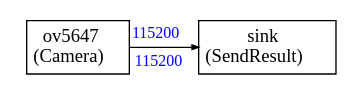
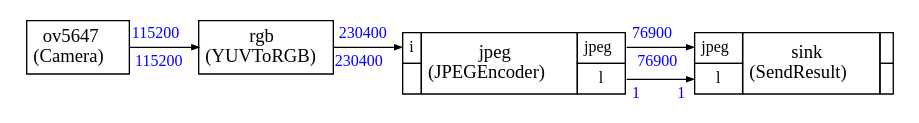
Before and after one commit to xavierbrgt/Seeed_Grove_Vision_AI_Module_V2: the diagram in EPII_CM55M_APP_S/app/scenario_app/cmsis_stream_app/pre_schedule_cv.dot, drawn with Graphviz. The commit also changed 21 other files, not shown here.

Commit message:
First working flow with CMSIS-Stream and YUV -> RGB -> JPEG

```diff
--- a/EPII_CM55M_APP_S/app/scenario_app/cmsis_stream_app/pre_schedule_cv.dot
+++ b/EPII_CM55M_APP_S/app/scenario_app/cmsis_stream_app/pre_schedule_cv.dot
@@ -1,36 +1,86 @@
 
 
 
 
 digraph structs {
     bgcolor = "white"
     node [shape=plaintext,color="black",fontcolor="black",fontname="Times-Roman"]
     rankdir=LR
     edge [arrowsize="0.5",color="black",fontcolor="black",fontname="Times-Roman"]
 
 
 
 ov5647 [label=<
 <TABLE color="black" bgcolor="none" BORDER="0" CELLBORDER="1" CELLSPACING="0" CELLPADDING="4">
   <TR>
     <TD ALIGN="CENTER" PORT="i"><FONT COLOR="black" POINT-SIZE="14.0">ov5647<BR/>(Camera)</FONT></TD>
   </TR>
 </TABLE>>];
 
-sink [label=<
+rgb [label=<
 <TABLE color="black" bgcolor="none" BORDER="0" CELLBORDER="1" CELLSPACING="0" CELLPADDING="4">
   <TR>
-    <TD ALIGN="CENTER" PORT="i"><FONT COLOR="black" POINT-SIZE="14.0">sink<BR/>(SendResult)</FONT></TD>
+    <TD ALIGN="CENTER" PORT="i"><FONT COLOR="black" POINT-SIZE="14.0">rgb<BR/>(YUVToRGB)</FONT></TD>
   </TR>
 </TABLE>>];
 
 
+jpeg [label=<
+<TABLE color="black" bgcolor="none" BORDER="0" CELLBORDER="1" CELLSPACING="0" CELLPADDING="4">
+  <TR>
+    <TD PORT="i"><FONT POINT-SIZE="12.0" COLOR="black">i</FONT></TD>
+    <TD ALIGN="CENTER" ROWSPAN="2"><FONT COLOR="black" POINT-SIZE="14.0">jpeg<BR/>(JPEGEncoder)</FONT></TD>
+    <TD PORT="jpeg"><FONT POINT-SIZE="12.0" COLOR="black">jpeg</FONT></TD>
+  </TR>
+<TR>
+ 
+<TD></TD>
+<TD PORT="l"><FONT POINT-SIZE="12.0" COLOR="black">l</FONT></TD>
+</TR>
 
-ov5647:i -> sink:i [style="solid",color="black",label=""
+</TABLE>>];
+
+
+sink [label=<
+<TABLE color="black" bgcolor="none" BORDER="0" CELLBORDER="1" CELLSPACING="0" CELLPADDING="4">
+  <TR>
+    <TD PORT="jpeg"><FONT POINT-SIZE="12.0" COLOR="black">jpeg</FONT></TD>
+    <TD ALIGN="CENTER" ROWSPAN="2"><FONT COLOR="black" POINT-SIZE="14.0">sink<BR/>(SendResult)</FONT></TD>
+    <TD></TD>
+  </TR>
+<TR>
+<TD PORT="l"><FONT POINT-SIZE="12.0" COLOR="black">l</FONT></TD>
+
+ 
+<TD></TD></TR>
+
+</TABLE>>];
+
+
+
+ov5647:i -> rgb:i [style="solid",color="black",label=""
 ,headlabel=<<TABLE BORDER="0" CELLPADDING="2"><TR><TD><FONT COLOR="blue" POINT-SIZE="12.0" >115200</FONT>
 </TD></TR></TABLE>>
 ,taillabel=<<TABLE BORDER="0" CELLPADDING="2"><TR><TD><FONT COLOR="blue" POINT-SIZE="12.0" >115200</FONT>
 </TD></TR></TABLE>>]
 
+rgb:i -> jpeg:i [style="solid",color="black",label=""
+,headlabel=<<TABLE BORDER="0" CELLPADDING="2"><TR><TD><FONT COLOR="blue" POINT-SIZE="12.0" >230400</FONT>
+</TD></TR></TABLE>>
+,taillabel=<<TABLE BORDER="0" CELLPADDING="2"><TR><TD><FONT COLOR="blue" POINT-SIZE="12.0" >230400</FONT>
+</TD></TR></TABLE>>]
+
+jpeg:jpeg -> sink:jpeg [style="solid",color="black",label=""
+,headlabel=<<TABLE BORDER="0" CELLPADDING="2"><TR><TD><FONT COLOR="blue" POINT-SIZE="12.0" >76900</FONT>
+</TD></TR></TABLE>>
+,taillabel=<<TABLE BORDER="0" CELLPADDING="2"><TR><TD><FONT COLOR="blue" POINT-SIZE="12.0" >76900</FONT>
+</TD></TR></TABLE>>]
+
+jpeg:l -> sink:l [style="solid",color="black",label=""
+,headlabel=<<TABLE BORDER="0" CELLPADDING="2"><TR><TD><FONT COLOR="blue" POINT-SIZE="12.0" >1</FONT>
+</TD></TR></TABLE>>
+,taillabel=<<TABLE BORDER="0" CELLPADDING="2"><TR><TD><FONT COLOR="blue" POINT-SIZE="12.0" >1</FONT>
+</TD></TR></TABLE>>]
+
 
 }
```
